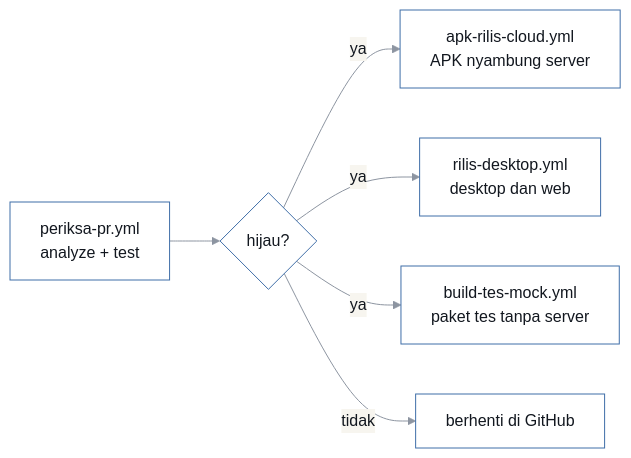
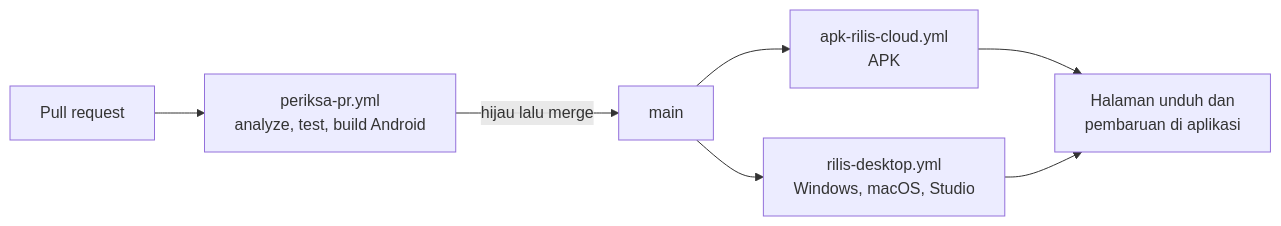
The third of 3 diagrams in README.md (ZainulArkaanAlinsi/sidik-calibration-mobile), drawn with Mermaid before and after one commit. The commit also changed other lines of this file and 1 other file, not shown here.

First line of the commit message:
docs(readme): redesign the Lab README with banner, role and feature tables, diagrams and Studio status (#258)

````diff
--- a/README.md
+++ b/README.md
@@ -121,9 +152,9 @@
 ```mermaid
-%%{init:{'theme':'base','themeVariables':{'primaryColor':'#ffffff','primaryTextColor':'#12171f','primaryBorderColor':'#3f6ea8','lineColor':'#8d95a1','secondaryColor':'#f7f5ef','tertiaryColor':'#e7e3d8','fontFamily':'ui-monospace, SFMono-Regular, Menlo, monospace'}}}%%
 flowchart LR
-  P["periksa-pr.yml<br/>analyze + test"] --> G{"hijau?"}
-  G -- ya --> R["apk-rilis-cloud.yml<br/>APK nyambung server"]
-  G -- ya --> D["rilis-desktop.yml<br/>desktop dan web"]
-  G -- ya --> M["build-tes-mock.yml<br/>paket tes tanpa server"]
-  G -- tidak --> S["berhenti di GitHub"]
+  PR["Pull request"] --> P["periksa-pr.yml<br/>analyze, test, build Android"]
+  P -->|hijau lalu merge| M["main"]
+  M --> A["apk-rilis-cloud.yml<br/>APK"]
+  M --> D["rilis-desktop.yml<br/>Windows, macOS, Studio"]
+  A --> U["Halaman unduh dan<br/>pembaruan di aplikasi"]
+  D --> U
 ```
````
